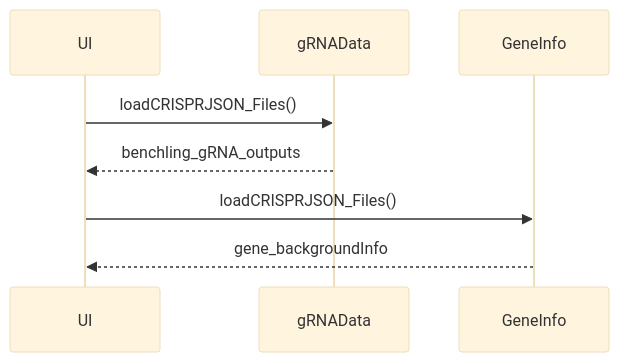
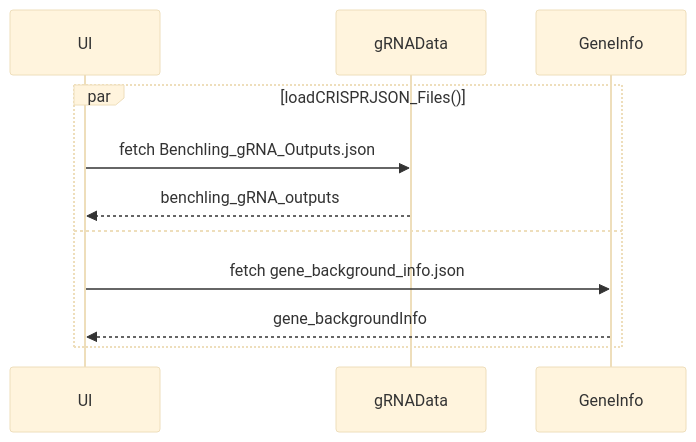
The first of 3 diagrams in docs/guides/marking-algorithm.md (AlexJSully/SciGrade), drawn with Mermaid (base theme) before and after one commit. The commit also changed other lines of this file and 13 other files, not shown here.

````diff
--- a/docs/guides/marking-algorithm.md
+++ b/docs/guides/marking-algorithm.md
@@ -23,9 +23,12 @@
 ```mermaid
 sequenceDiagram
     accTitle: Reference data loading sequence
-    accDescr: A sequence diagram with three participants. The UI calls loadCRISPRJSON_Files twice: the gRNA data source returns benchling_gRNA_outputs, and the gene information source returns gene_backgroundInfo.
- UI->>gRNAData: loadCRISPRJSON_Files()
- gRNAData-->>UI: benchling_gRNA_outputs
- UI->>GeneInfo: loadCRISPRJSON_Files()
- GeneInfo-->>UI: gene_backgroundInfo
+    accDescr: A sequence diagram with three participants. The UI calls loadCRISPRJSON_Files, which requests both files in parallel: Benchling_gRNA_Outputs.json from the gRNA data source, stored as benchling_gRNA_outputs, and gene_background_info.json from the gene information source, stored as gene_backgroundInfo.
+    par loadCRISPRJSON_Files()
+        UI->>gRNAData: fetch Benchling_gRNA_Outputs.json
+        gRNAData-->>UI: benchling_gRNA_outputs
+    and
+        UI->>GeneInfo: fetch gene_background_info.json
+        GeneInfo-->>UI: gene_backgroundInfo
+    end
 ```
````
